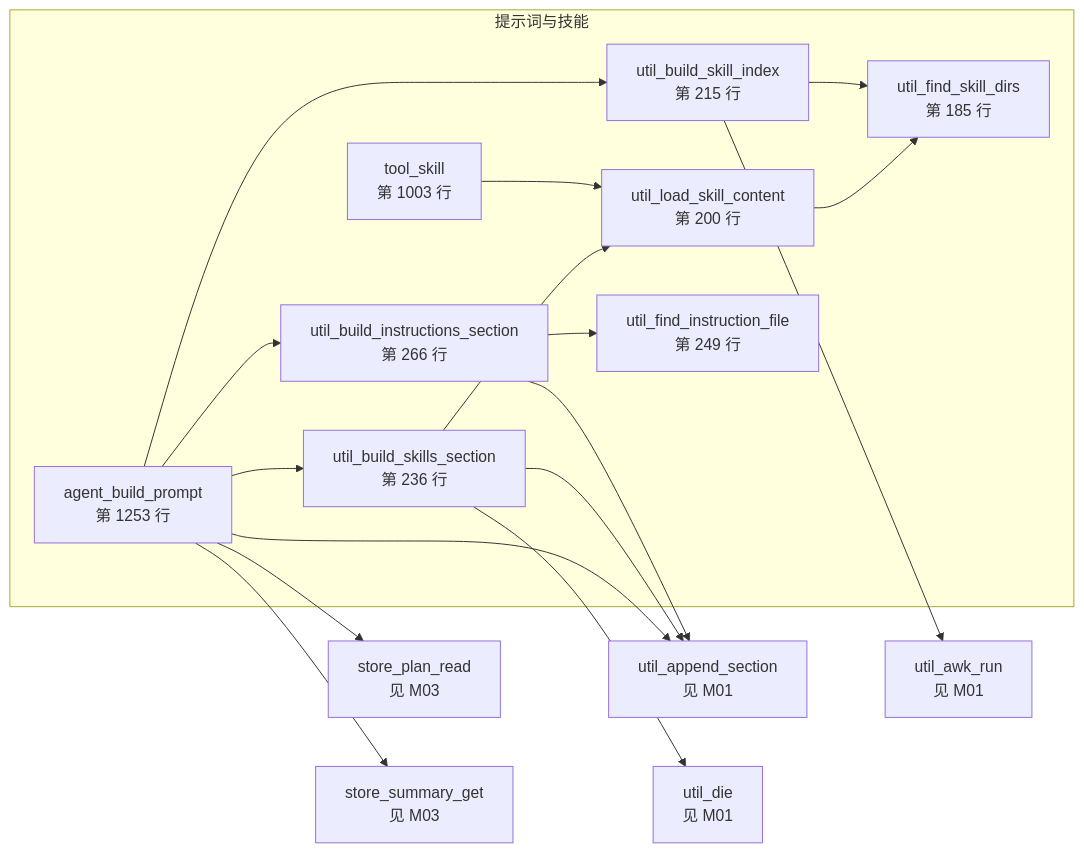
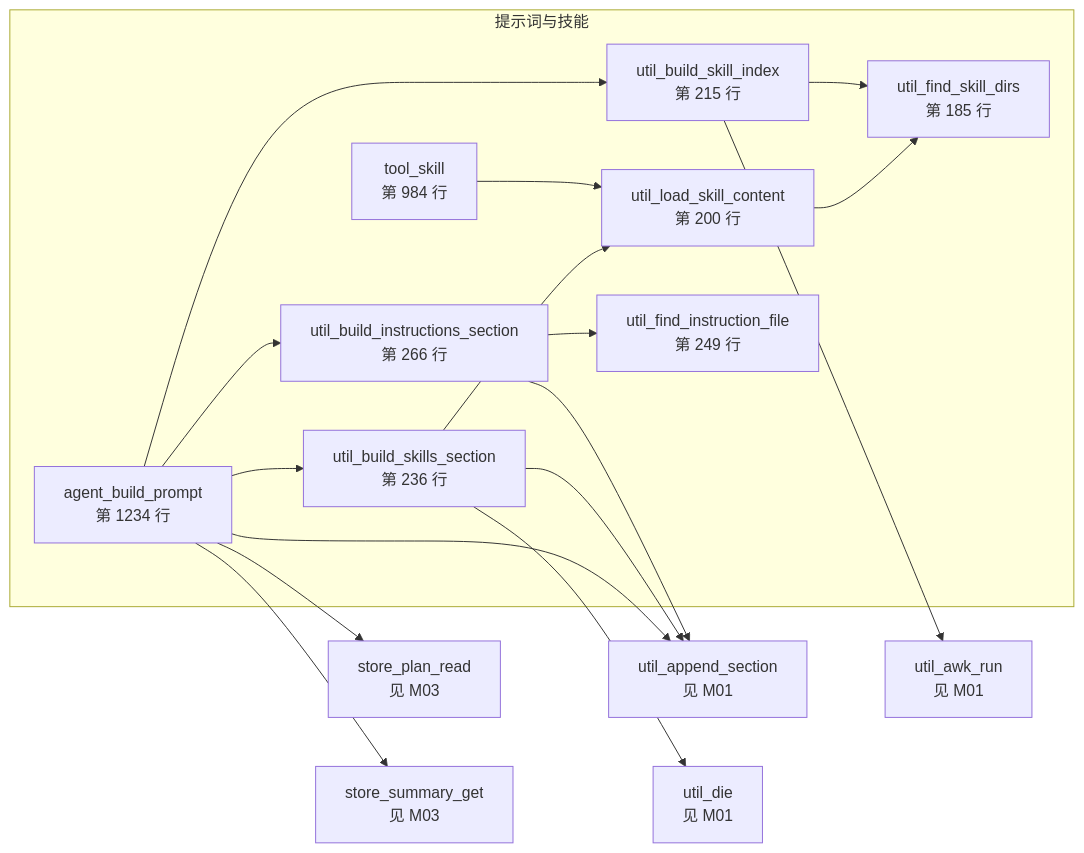
One commit to lloydzhou/bash-agent changed the sixth of 15 diagrams in docs/bash-data-flow.md. Above: the diagram before and after it, drawn with Mermaid. The commit also changed other lines of this file and 3 other files, not shown here.

````diff
--- a/docs/bash-data-flow.md
+++ b/docs/bash-data-flow.md
@@ -221,33 +221,33 @@
 ```mermaid
 flowchart LR
   subgraph mod_4["提示词与技能"]
-    f_agent_build_prompt["agent_build_prompt<br/>第 1253 行"]
+    f_agent_build_prompt["agent_build_prompt<br/>第 1234 行"]
     f_util_find_skill_dirs["util_find_skill_dirs<br/>第 185 行"]
     f_util_load_skill_content["util_load_skill_content<br/>第 200 行"]
     f_util_build_skill_index["util_build_skill_index<br/>第 215 行"]
     f_util_build_skills_section["util_build_skills_section<br/>第 236 行"]
     f_util_find_instruction_file["util_find_instruction_file<br/>第 249 行"]
     f_util_build_instructions_section["util_build_instructions_section<br/>第 266 行"]
-    f_tool_skill["tool_skill<br/>第 1003 行"]
+    f_tool_skill["tool_skill<br/>第 984 行"]
   end
   f_store_plan_read["store_plan_read<br/>见 M03"]
   f_store_summary_get["store_summary_get<br/>见 M03"]
   f_util_append_section["util_append_section<br/>见 M01"]
   f_util_awk_run["util_awk_run<br/>见 M01"]
   f_util_die["util_die<br/>见 M01"]
   f_agent_build_prompt --> f_util_build_instructions_section
   f_agent_build_prompt --> f_util_build_skill_index
   f_agent_build_prompt --> f_util_build_skills_section
   f_agent_build_prompt --> f_store_plan_read
   f_agent_build_prompt --> f_store_summary_get
   f_agent_build_prompt --> f_util_append_section
   f_util_load_skill_content --> f_util_find_skill_dirs
   f_util_build_skill_index --> f_util_find_skill_dirs
   f_util_build_skill_index --> f_util_awk_run
   f_util_build_skills_section --> f_util_load_skill_content
   f_util_build_skills_section --> f_util_die
   f_util_build_skills_section --> f_util_append_section
   f_util_build_instructions_section --> f_util_find_instruction_file
   f_util_build_instructions_section --> f_util_append_section
   f_tool_skill --> f_util_load_skill_content
 ```
````
